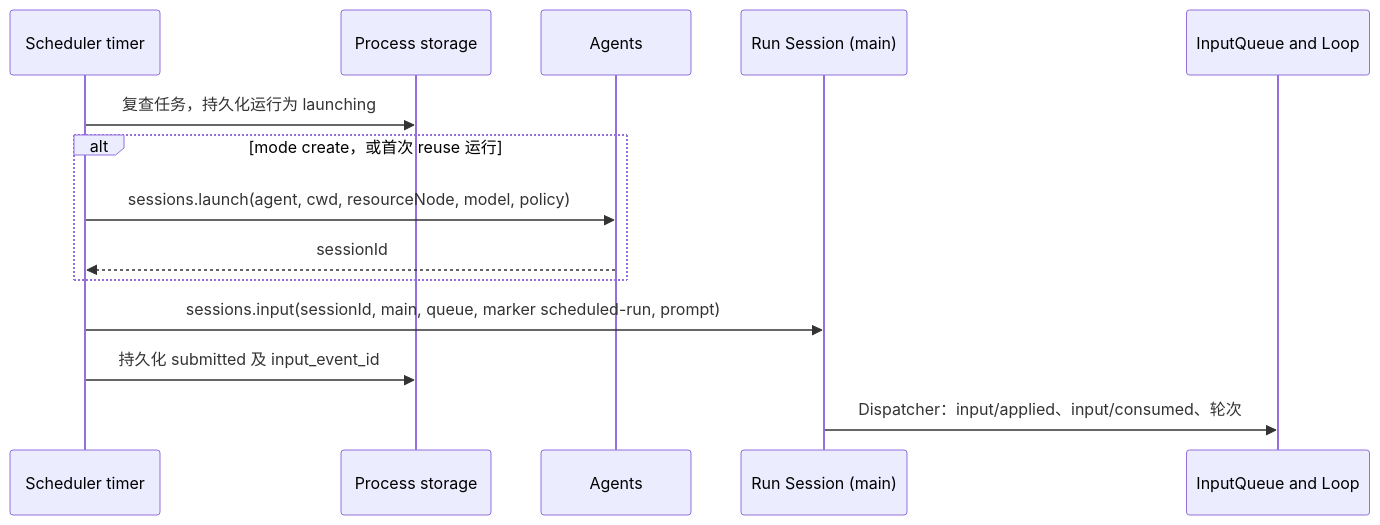
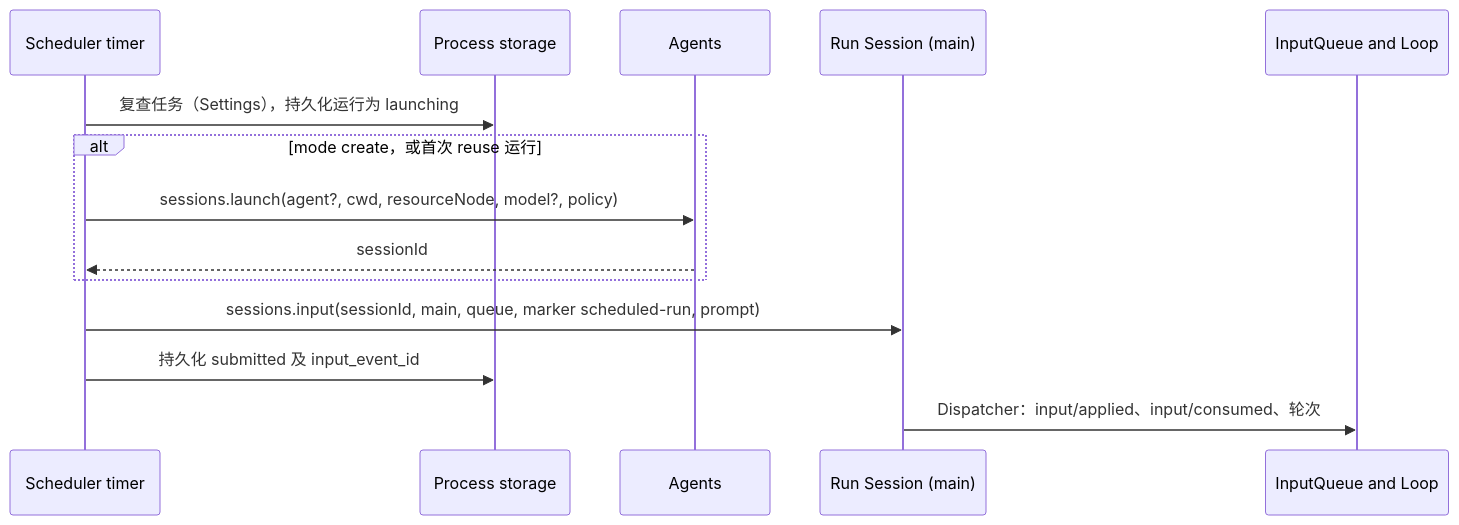
The third of 6 diagrams in docs/zh/design/plugins/Scheduler.md (CoutinhoTTS/dim-agent), drawn with Mermaid before and after one commit. The commit also changed other lines of this file and 40 other files, not shown here.

````diff
--- a/docs/zh/design/plugins/Scheduler.md
+++ b/docs/zh/design/plugins/Scheduler.md
@@ -84,16 +90,16 @@
 ```mermaid
 sequenceDiagram
   participant T as Scheduler timer
   participant ST as Process storage
   participant AG as Agents
   participant S as Run Session (main)
   participant IQ as InputQueue and Loop
-  T->>ST: 复查任务，持久化运行为 launching
+  T->>ST: 复查任务（Settings），持久化运行为 launching
   alt mode create，或首次 reuse 运行
-    T->>AG: sessions.launch(agent, cwd, resourceNode, model, policy)
+    T->>AG: sessions.launch(agent?, cwd, resourceNode, model?, policy)
     AG-->>T: sessionId
   end
   T->>S: sessions.input(sessionId, main, queue, marker scheduled-run, prompt)
   T->>ST: 持久化 submitted 及 input_event_id
   S->>IQ: Dispatcher：input/applied、input/consumed、轮次
 ```
````
